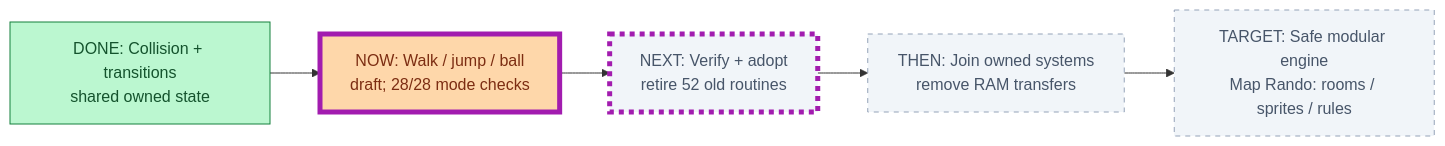
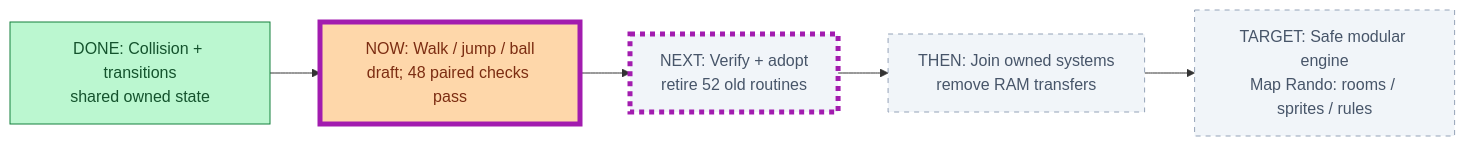
Before and after one commit to JimLundin/sm-decomp: the first of 26 diagrams in PROGRESS.md, drawn with Mermaid. The commit also changed other lines of this file and 1 other file, not shown here.

First line of the commit message:
Color completed movement checks and show remaining adoption work

````diff
--- a/PROGRESS.md
+++ b/PROGRESS.md
@@ -3,14 +3,14 @@
 ```mermaid
 flowchart LR
     DONE["DONE: Collision + transitions<br/>shared owned state"]:::done
-    NOW["NOW: Walk / jump / ball<br/>draft; 28/28 mode checks"]:::active
+    NOW["NOW: Walk / jump / ball<br/>draft; 48 paired checks pass"]:::active
     NEXT["NEXT: Verify + adopt<br/>retire 52 old routines"]:::pending
     THEN["THEN: Join owned systems<br/>remove RAM transfers"]:::pending
     TARGET["TARGET: Safe modular engine<br/>Map Rando: rooms / sprites / rules"]:::pending
     DONE --> NOW --> NEXT --> THEN --> TARGET
     class NOW,NEXT changed
     classDef done fill:#bbf7d0,stroke:#15803d,color:#14532d
     classDef active fill:#fed7aa,stroke:#ea580c,color:#7c2d12
     classDef pending fill:#f1f5f9,stroke:#94a3b8,color:#475569,stroke-dasharray:5 5
     classDef changed stroke:#a21caf,stroke-width:5px
 ```
````
